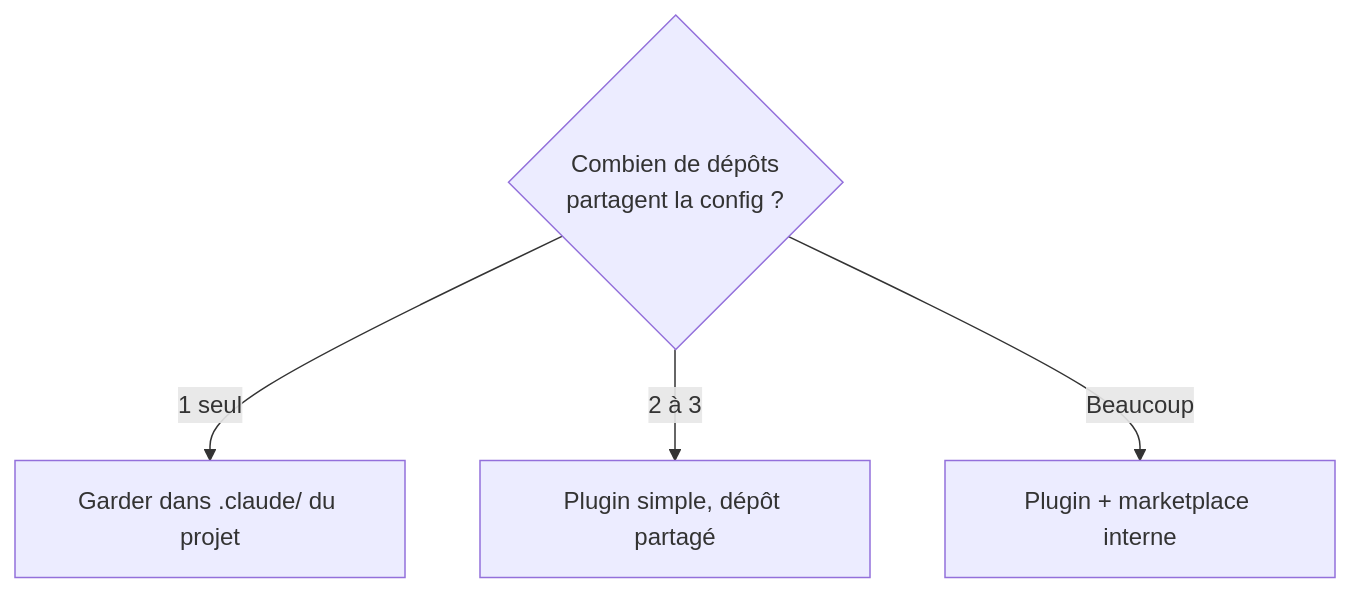
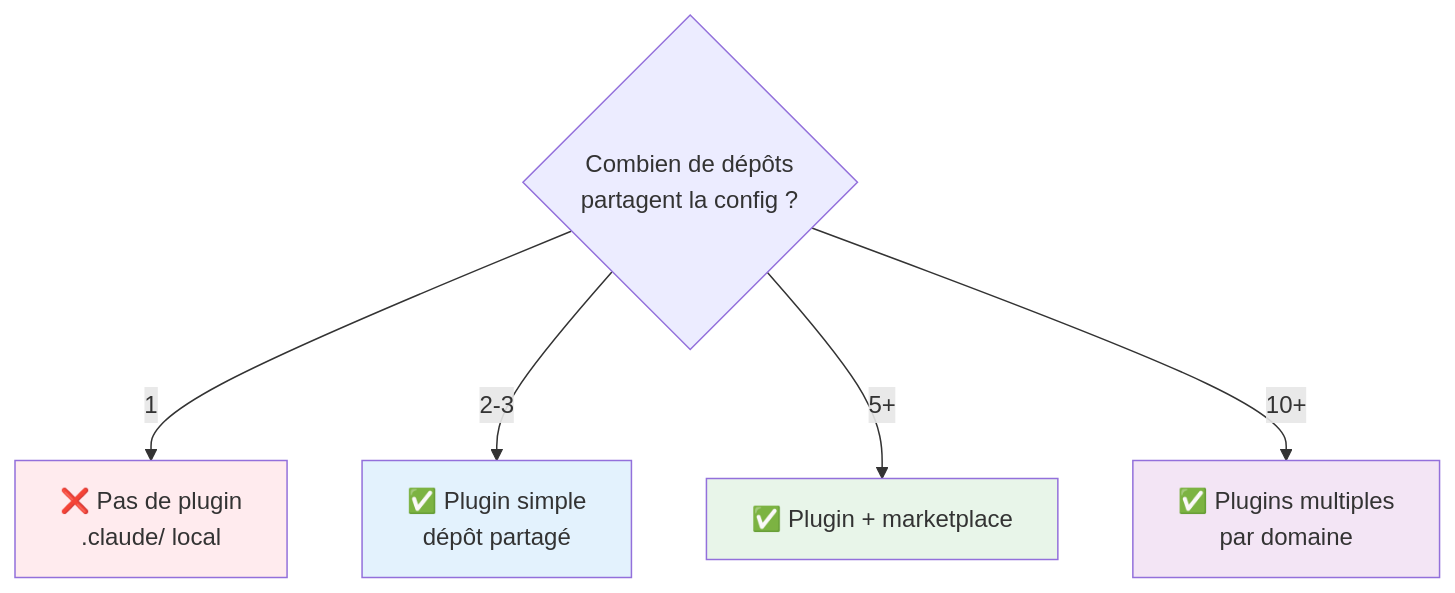
Before and after one commit to FTurleque/doc-utilisation-ia: the fifth of 5 diagrams in docs/chapitre-3b-claude-code-migration-copilot/plugins-equipe.md, drawn with Mermaid. The commit also changed other lines of this file and 2 other files, not shown here.

Commit message:
feat: Update documentation for Claude Code plugins with new guidelines and examples

````diff
--- a/docs/chapitre-3b-claude-code-migration-copilot/plugins-equipe.md
+++ b/docs/chapitre-3b-claude-code-migration-copilot/plugins-equipe.md
@@ -171,7 +925,13 @@
 ```mermaid
 graph TD
-    Q{"Combien de dépôts\npartagent la config ?"}
-    Q -->|1 seul| A["Garder dans .claude/ du projet"]
-    Q -->|2 à 3| B["Plugin simple, dépôt partagé"]
-    Q -->|Beaucoup| C["Plugin + marketplace interne"]
+    Q{"Combien de dépôts<br/>partagent la config ?"}
+    Q -->|1| A["❌ Pas de plugin<br/>.claude/ local"]
+    Q -->|2-3| B["✅ Plugin simple<br/>dépôt partagé"]
+    Q -->|5+| C["✅ Plugin + marketplace"]
+    Q -->|10+| D["✅ Plugins multiples<br/>par domaine"]
+    
+    style A fill:#ffebee
+    style B fill:#e3f2fd
+    style C fill:#e8f5e9
+    style D fill:#f3e5f5
 ```
````
